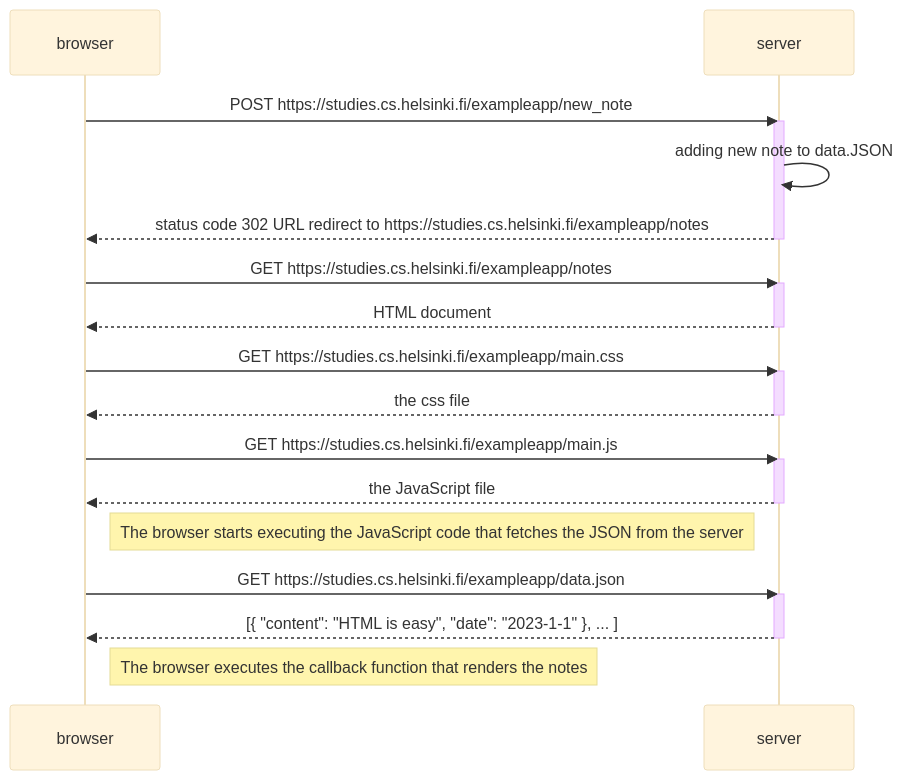
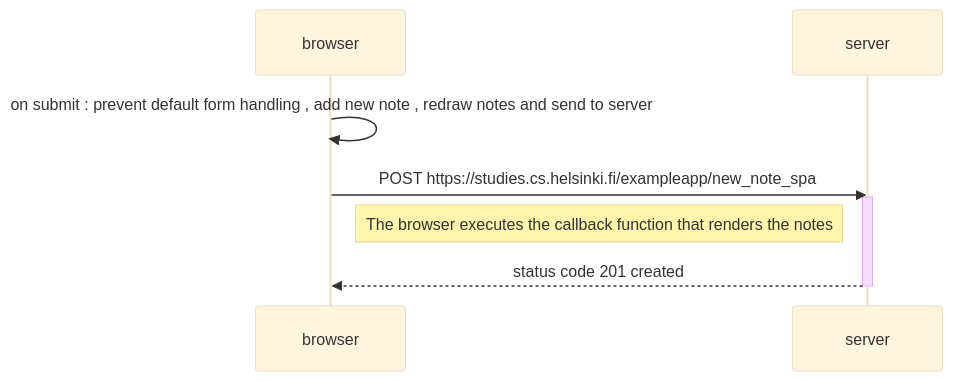
Before and after one commit to lolow63/FullStackOpen: the diagram in part0/0_6_NewNoteSPA.md, drawn with Mermaid (base theme).

````diff
--- a/part0/0_6_NewNoteSPA.md
+++ b/part0/0_6_NewNoteSPA.md
@@ -1,35 +1,18 @@
 ```mermaid
 sequenceDiagram
 participant browser
 participant server
 
-    browser->>server: POST https://studies.cs.helsinki.fi/exampleapp/new_note
+    browser ->>browser: on submit : prevent default form handling , add new note , redraw notes and send to server
+    browser->>server: POST https://studies.cs.helsinki.fi/exampleapp/new_note_spa
     activate server
-    server ->>server: adding new note to data.JSON
-    server-->>browser: status code 302 URL redirect to https://studies.cs.helsinki.fi/exampleapp/notes
+    Note right of browser: The browser executes the callback function that renders the notes
+    server-->>browser: status code 201 created
     deactivate server
 
-    browser->>server: GET https://studies.cs.helsinki.fi/exampleapp/notes
-    activate server
-    server-->>browser: HTML document
-    deactivate server
+    
+    
+    
 
-    browser->>server: GET https://studies.cs.helsinki.fi/exampleapp/main.css
-    activate server
-    server-->>browser: the css file
-    deactivate server
-
-    browser->>server: GET https://studies.cs.helsinki.fi/exampleapp/main.js
-    activate server
-    server-->>browser: the JavaScript file
-    deactivate server
-
-    Note right of browser: The browser starts executing the JavaScript code that fetches the JSON from the server
-
-    browser->>server: GET https://studies.cs.helsinki.fi/exampleapp/data.json
-    activate server
-    server-->>browser: [{ "content": "HTML is easy", "date": "2023-1-1" }, ... ]
-    deactivate server
-
-    Note right of browser: The browser executes the callback function that renders the notes
+    
 ```
````
